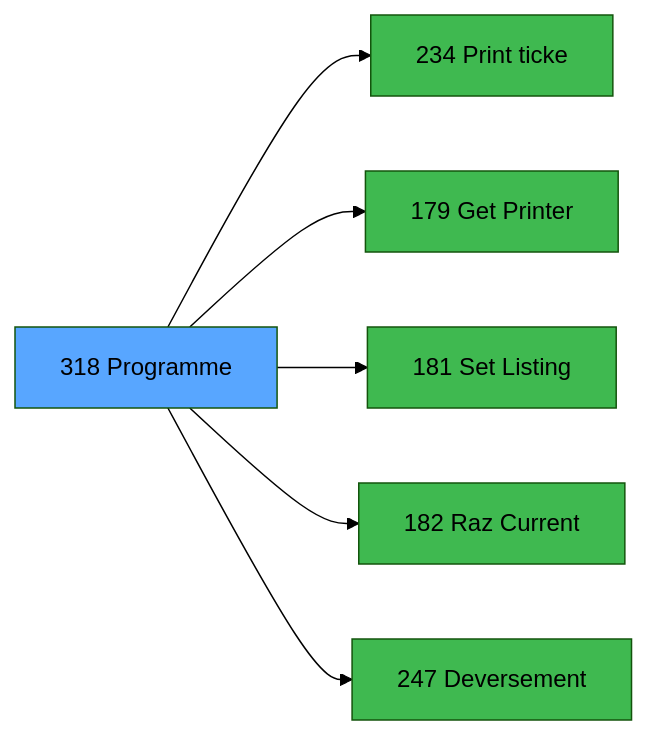
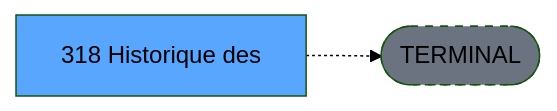
The third of 3 diagrams in .openspec/specs/ADH-IDE-318.md (thonyAGP/lecteur-magic), drawn with Mermaid (forest theme) before and after one commit. The commit also changed other lines of this file and 701 other files, not shown here.

````diff
--- a/.openspec/specs/ADH-IDE-318.md
+++ b/.openspec/specs/ADH-IDE-318.md
@@ -160,20 +152,8 @@
 ```mermaid
 graph LR
-    T[318 Programme]
-    C234[234  Print ticke]
-    T --> C234
-    C179[179 Get Printer]
-    T --> C179
-    C181[181 Set Listing ]
-    T --> C181
-    C182[182 Raz Current ]
-    T --> C182
-    C247[247 Deversement ]
-    T --> C247
+    T[318 Historique des ]
+    TERM([TERMINAL])
+    T -.-> TERM
+    style TERM fill:#6b7280,stroke-dasharray: 5 5
     style T fill:#58a6ff,color:#000
-    style C234 fill:#3fb950
-    style C179 fill:#3fb950
-    style C181 fill:#3fb950
-    style C182 fill:#3fb950
-    style C247 fill:#3fb950
 ```
````
